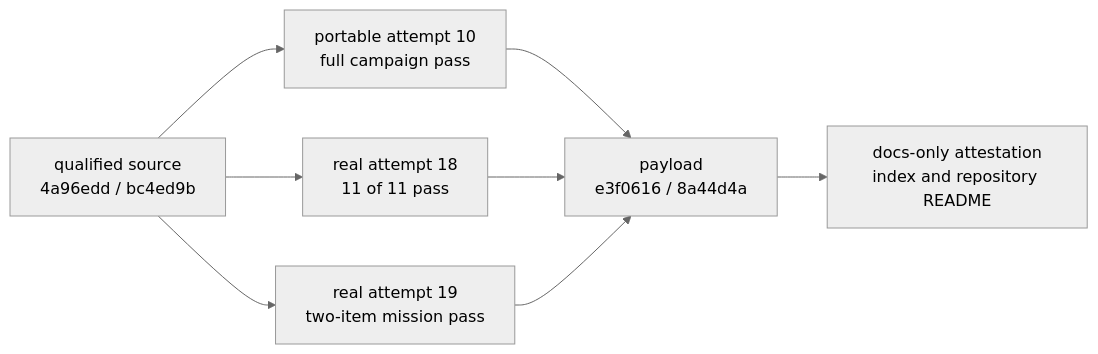
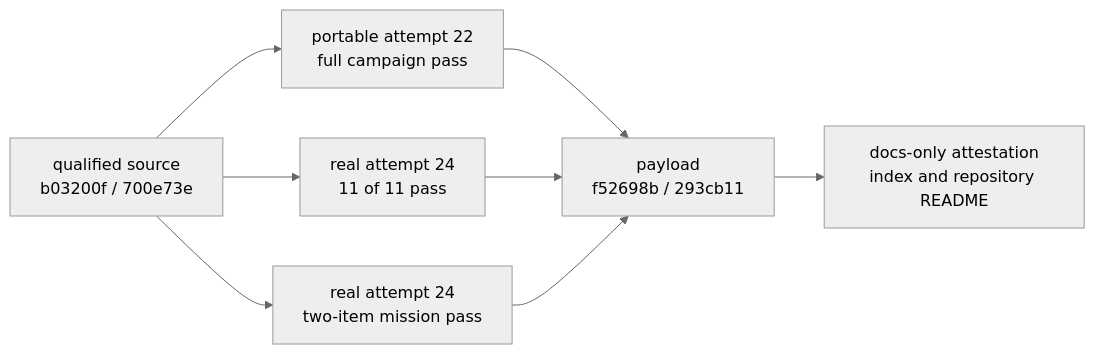
One commit to Ivan-Melck/spec-kitty-go changed the diagram in docs/phase3-evidence/README.md. Above: the diagram before and after it, drawn with Mermaid (neutral theme). The commit also changed other lines of this file and 1 other file, not shown here.

````diff
--- a/docs/phase3-evidence/README.md
+++ b/docs/phase3-evidence/README.md
@@ -38,17 +38,17 @@
 ```mermaid
 flowchart LR
-    Source["qualified source<br/>4a96edd / bc4ed9b"]
-    Portable["portable attempt 10<br/>full campaign pass"]
-    Provider["real attempt 18<br/>11 of 11 pass"]
-    Mission["real attempt 19<br/>two-item mission pass"]
-    Payload["payload<br/>e3f0616 / 8a44d4a"]
+    Source["qualified source<br/>b03200f / 700e73e"]
+    Portable["portable attempt 22<br/>full campaign pass"]
+    Provider["real attempt 24<br/>11 of 11 pass"]
+    Mission["real attempt 24<br/>two-item mission pass"]
+    Payload["payload<br/>f52698b / 293cb11"]
     Attest["docs-only attestation<br/>index and repository README"]
 
     Source --> Portable
     Source --> Provider
     Source --> Mission
     Portable --> Payload
     Provider --> Payload
     Mission --> Payload
     Payload --> Attest
 ```
````
